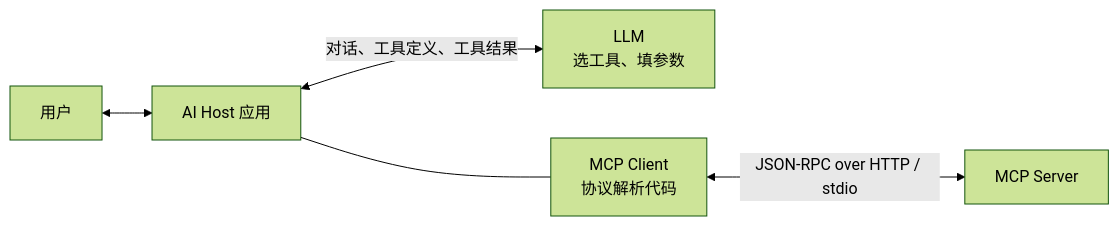
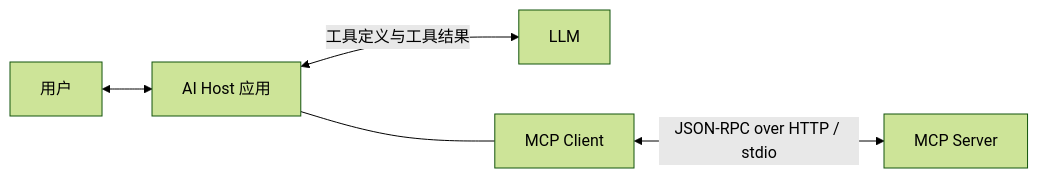
One commit to puppylpg/puppylpg.github.io changed the third of 5 diagrams in _posts/2026-09-09-mcp-vs-rest-wire-format.md. Above: the diagram before and after it, drawn with Mermaid (forest theme). The commit also changed other lines of this file and 1 other file, not shown here.

Commit message:
docs: update MCP protocol examples and expand stdio transport

````diff
--- a/_posts/2026-09-09-mcp-vs-rest-wire-format.md
+++ b/_posts/2026-09-09-mcp-vs-rest-wire-format.md
@@ -401,7 +550,7 @@
 ```mermaid
 flowchart LR
     U[用户] <--> H[AI Host 应用]
-    H <-->|对话、工具定义、工具结果| L[LLM<br/>选工具、填参数]
-    H --- C[MCP Client<br/>协议解析代码]
+    H <-->|工具定义与工具结果| L[LLM]
+    H --- C[MCP Client]
     C <-->|JSON-RPC over HTTP / stdio| S[MCP Server]
 ```
````
